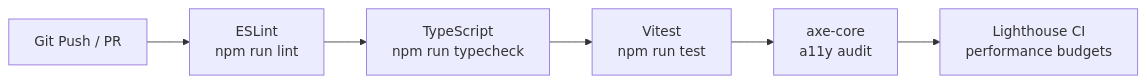
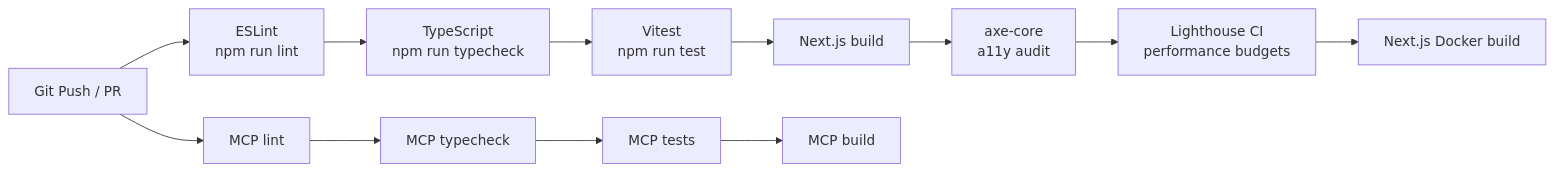
One commit to LuismGil/movie-explorer changed the third of 3 diagrams in README.md. Above: the diagram before and after it, drawn with Mermaid. The commit also changed other lines of this file and 1 other file, not shown here.

````diff
--- a/README.md
+++ b/README.md
@@ -179,8 +243,14 @@
 ```mermaid
 flowchart LR
   Push["Git Push / PR"] --> Lint["ESLint\nnpm run lint"]
   Lint --> Typecheck["TypeScript\nnpm run typecheck"]
   Typecheck --> Test["Vitest\nnpm run test"]
-  Test --> A11y["axe-core\na11y audit"]
+  Test --> Build["Next.js build"]
+  Build --> A11y["axe-core\na11y audit"]
   A11y --> Lighthouse["Lighthouse CI\nperformance budgets"]
+  Lighthouse --> Docker["Next.js Docker build"]
+  Push --> MCPLint["MCP lint"]
+  MCPLint --> MCPTypes["MCP typecheck"]
+  MCPTypes --> MCPTests["MCP tests"]
+  MCPTests --> MCPBuild["MCP build"]
 ```
````
